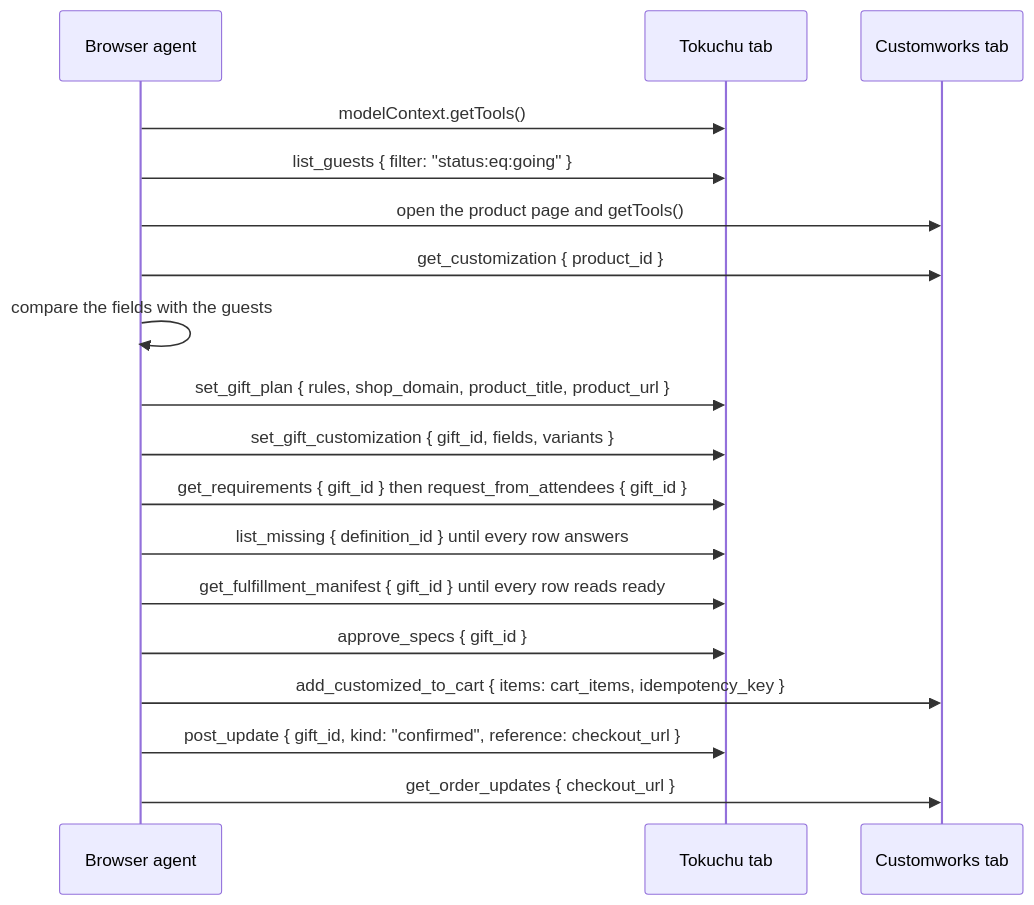
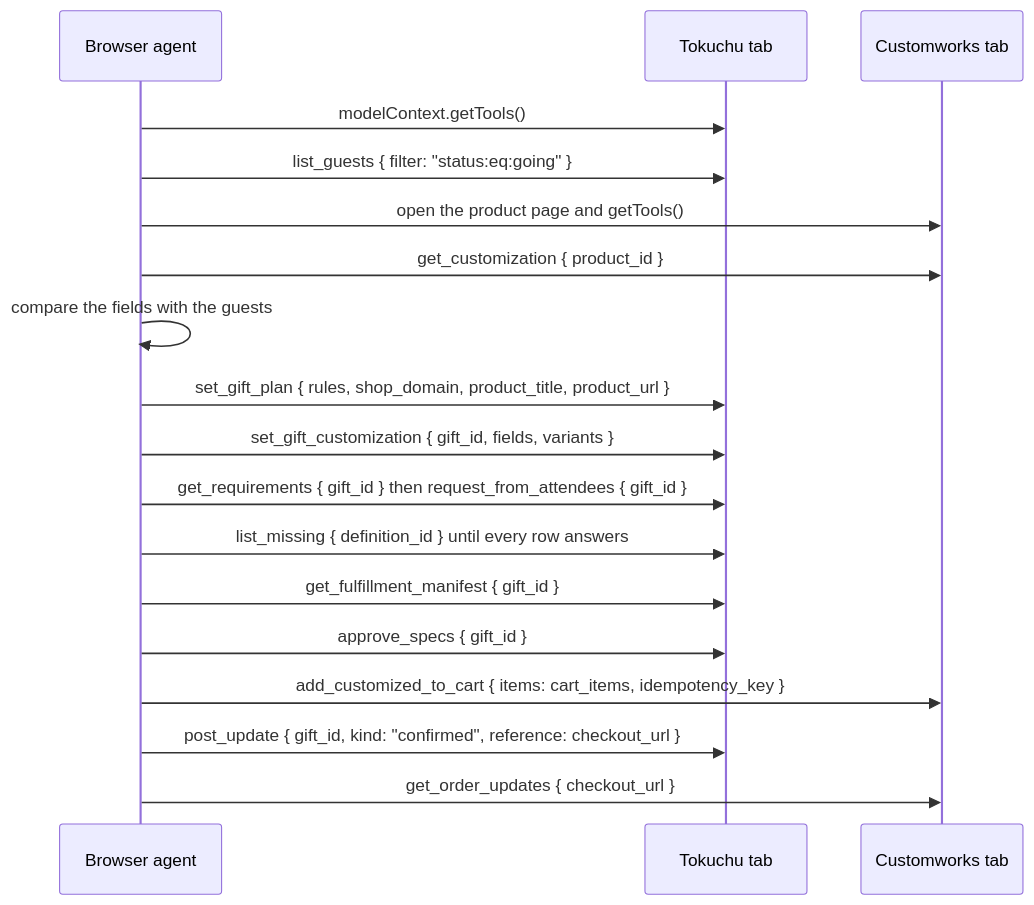
One commit to reversely/tokuchu changed the first of 2 diagrams in docs/agent-playbook.md. Above: the diagram before and after it, drawn with Mermaid. The commit also changed other lines of this file and 17 other files, not shown here.

````diff
--- a/docs/agent-playbook.md
+++ b/docs/agent-playbook.md
@@ -7,20 +7,20 @@
 ```mermaid
 sequenceDiagram
     participant A as Browser agent
     participant T as Tokuchu tab
     participant C as Customworks tab
     A->>T: modelContext.getTools()
     A->>T: list_guests { filter: "status:eq:going" }
     A->>C: open the product page and getTools()
     A->>C: get_customization { product_id }
     A->>A: compare the fields with the guests
     A->>T: set_gift_plan { rules, shop_domain, product_title, product_url }
     A->>T: set_gift_customization { gift_id, fields, variants }
     A->>T: get_requirements { gift_id } then request_from_attendees { gift_id }
     A->>T: list_missing { definition_id } until every row answers
-    A->>T: get_fulfillment_manifest { gift_id } until every row reads ready
+    A->>T: get_fulfillment_manifest { gift_id }
     A->>T: approve_specs { gift_id }
     A->>C: add_customized_to_cart { items: cart_items, idempotency_key }
     A->>T: post_update { gift_id, kind: "confirmed", reference: checkout_url }
     A->>C: get_order_updates { checkout_url }
 ```
````
